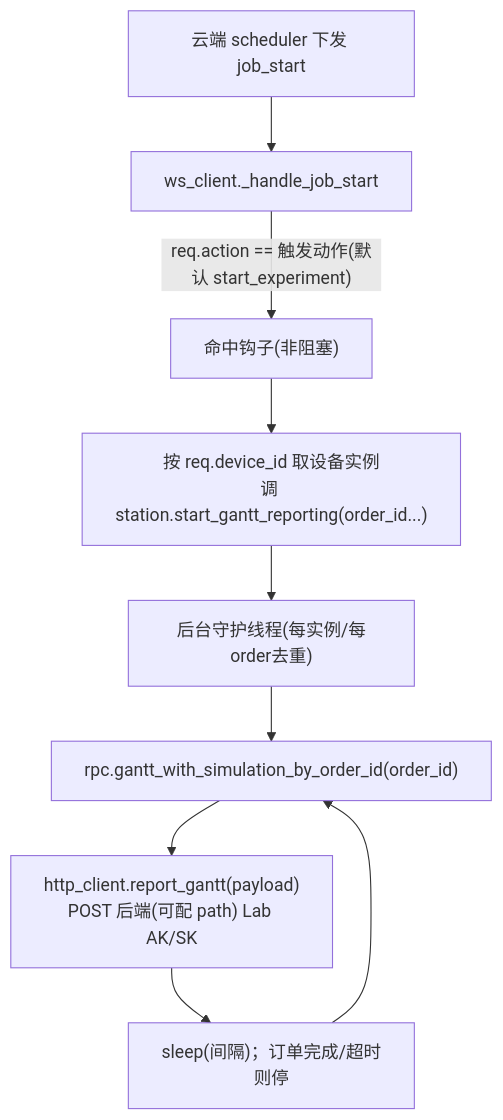
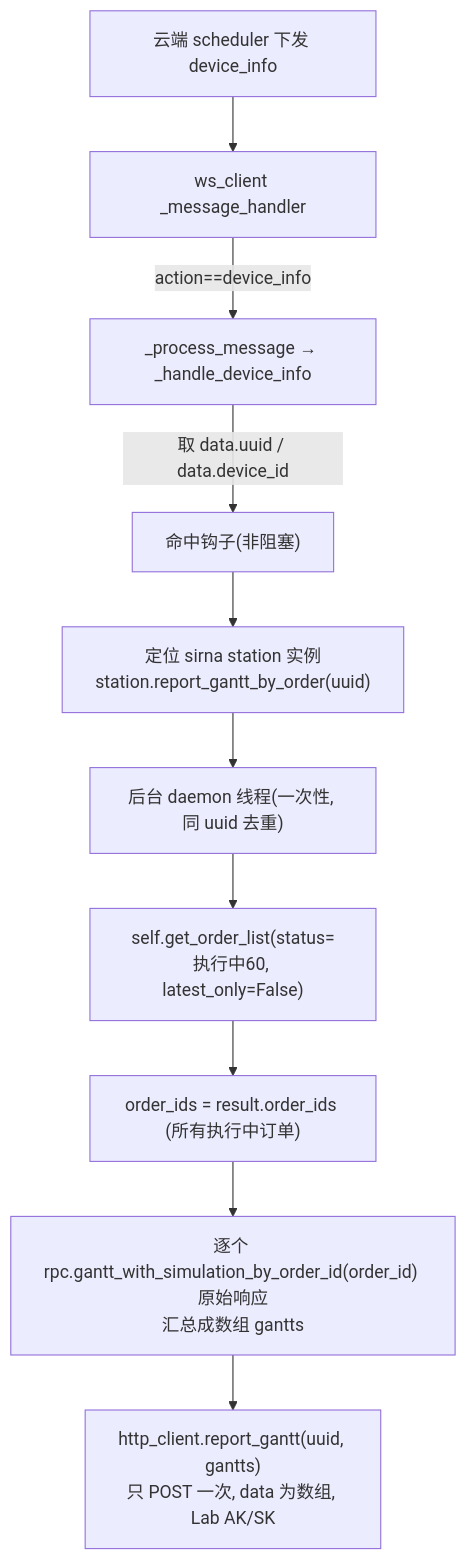
The diagram in plan/甘特图回传节点_6e5ec4ab.plan.md (Xuwznln/Uni-Lab-OS-Doc), drawn with Mermaid before and after one commit. The commit also changed other lines of this file and 5 other files, not shown here.

Commit message:
添加甘特图

````diff
--- a/plan/甘特图回传节点_6e5ec4ab.plan.md
+++ b/plan/甘特图回传节点_6e5ec4ab.plan.md
@@ -30,11 +50,12 @@
 ```mermaid
 flowchart TD
-    SCH["云端 scheduler 下发 job_start"] --> WS["ws_client._handle_job_start"]
-    WS -->|"req.action == 触发动作(默认 start_experiment)"| HOOK["命中钩子(非阻塞)"]
-    HOOK --> DEV["按 req.device_id 取设备实例<br/>调 station.start_gantt_reporting(order_id...)"]
-    DEV --> TH["后台守护线程(每实例/每order去重)"]
-    TH --> RPC["rpc.gantt_with_simulation_by_order_id(order_id)"]
-    RPC --> POST["http_client.report_gantt(payload)<br/>POST 后端(可配 path) Lab AK/SK"]
-    POST --> SLEEP["sleep(间隔)；订单完成/超时则停"]
-    SLEEP --> RPC
+    SCH["云端 scheduler 下发 device_info"] --> RECV["ws_client _message_handler"]
+    RECV -->|"action==device_info"| DISP["_process_message → _handle_device_info"]
+    DISP -->|"取 data.uuid / data.device_id"| HOOK["命中钩子(非阻塞)"]
+    HOOK --> DEV["定位 sirna station 实例<br/>station.report_gantt_by_order(uuid)"]
+    DEV --> TH["后台 daemon 线程(一次性, 同 uuid 去重)"]
+    TH --> QL["self.get_order_list(status=执行中60, latest_only=False)"]
+    QL --> OID["order_ids = result.order_ids (所有执行中订单)"]
+    OID --> RPC["逐个 rpc.gantt_with_simulation_by_order_id(order_id) 原始响应<br/>汇总成数组 gantts"]
+    RPC --> POST["http_client.report_gantt(uuid, gantts)<br/>只 POST 一次, data 为数组, Lab AK/SK"]
 ```
````
